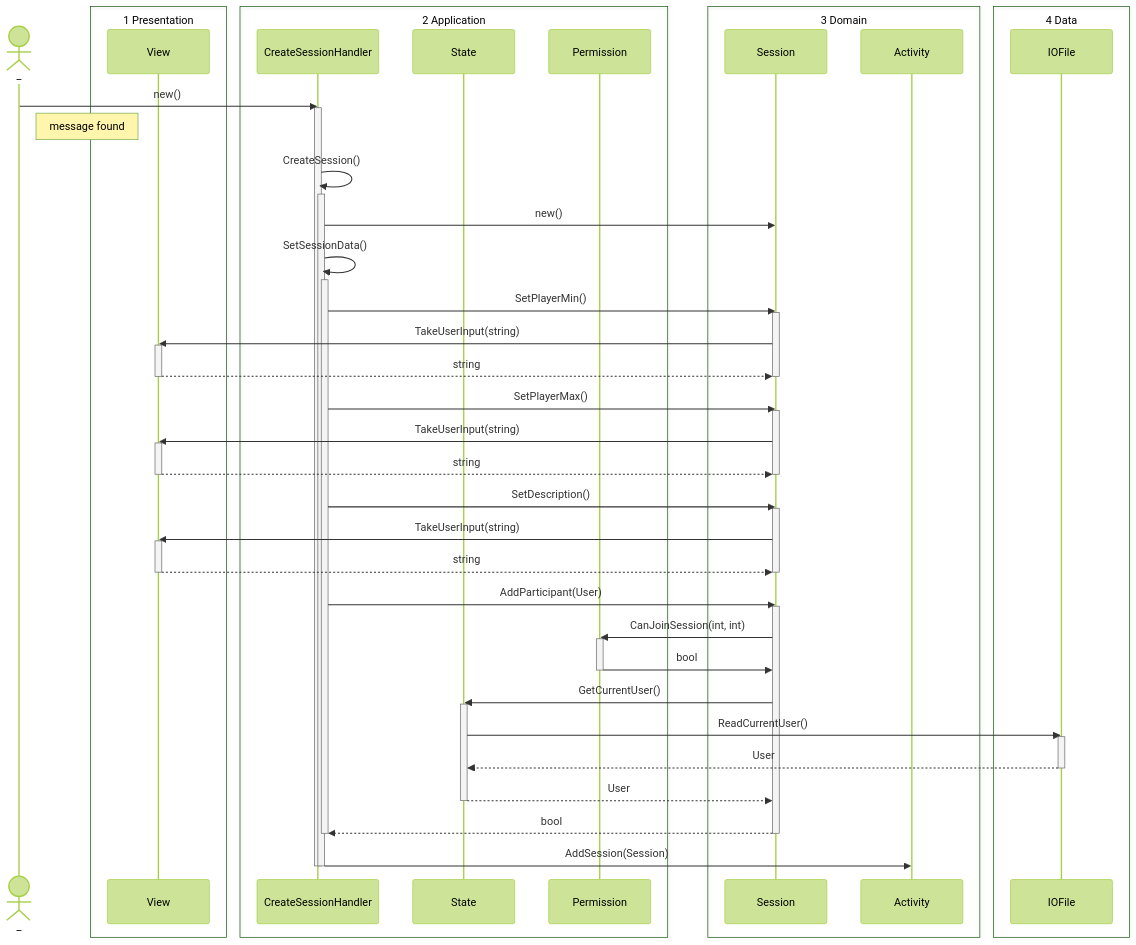
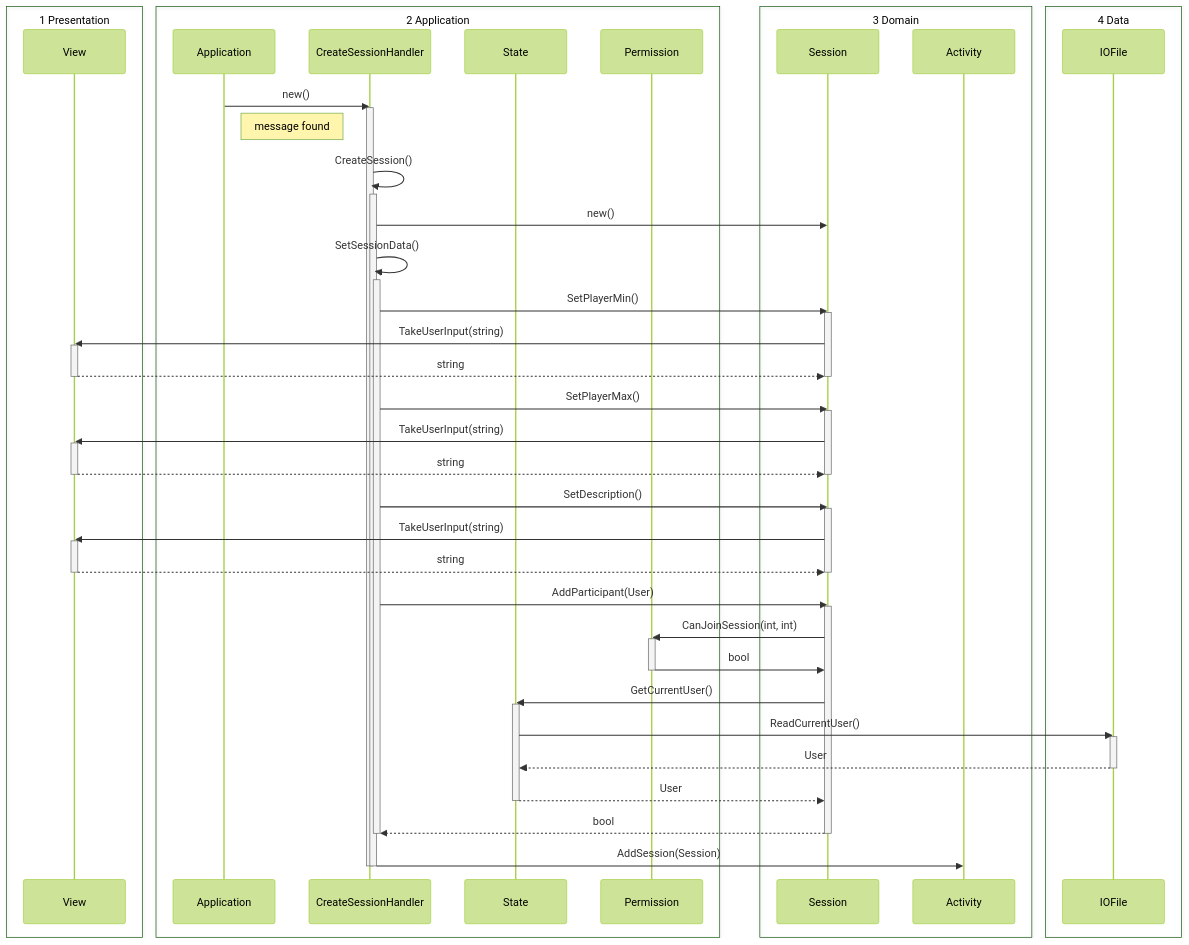
Before and after one commit to MatiasHeiberg/1.semesterprojekt: the fifth of 8 diagrams in 02 notes/Sekvensdiagram.md, drawn with Mermaid (forest theme). The commit also changed other lines of this file and 1 other file, not shown here.

Commit message:
Sekvensdiagrammer

````diff
--- a/02 notes/Sekvensdiagram.md
+++ b/02 notes/Sekvensdiagram.md
@@ -212,11 +212,11 @@
 ```mermaid
 sequenceDiagram
 
-actor _
 box 1 Presentation
 participant View
 end
 box 2 Application
+participant Application
 participant CreateSessionHandler
 participant State
 participant Permission
@@ -230,9 +230,9 @@
 end
 
 %% Message found
-_->>CreateSessionHandler: new()
+Application->>CreateSessionHandler: new()
 activate CreateSessionHandler
-Note right of _: message found
+Note right of Application: message found
 
 	CreateSessionHandler->>CreateSessionHandler: CreateSession()
 	activate CreateSessionHandler
````
